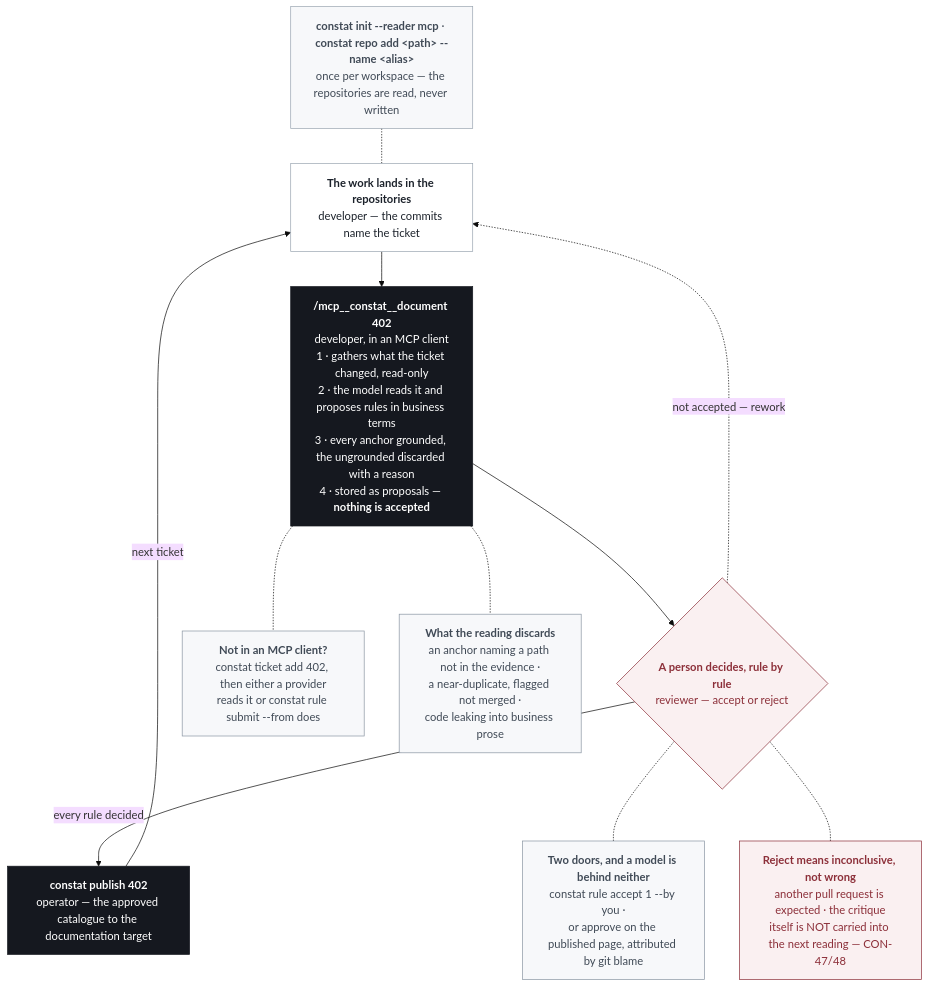
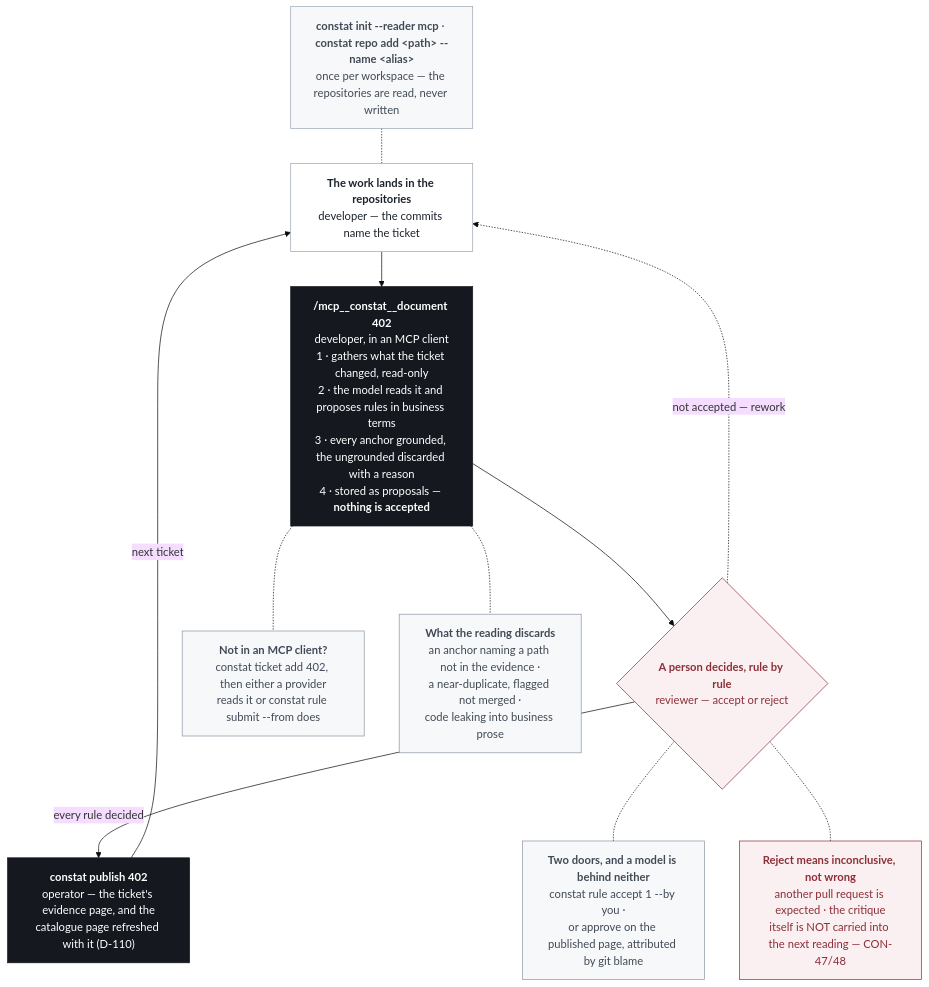
One commit to padjis/constat changed the diagram in LOOP.md. Above: the diagram before and after it, drawn with Mermaid (base theme). The commit also changed other lines of this file and 9 other files, not shown here.

````diff
--- a/LOOP.md
+++ b/LOOP.md
@@ -17,42 +17,42 @@
 ```mermaid
 flowchart TD
     SETUP["<b>constat init --reader mcp</b> · <b>constat repo add &lt;path&gt; --name &lt;alias&gt;</b><br/>once per workspace — the repositories are read, never written"]
 
     WORK["<b>The work lands in the repositories</b><br/>developer — the commits name the ticket"]
 
     DOC["<b>/mcp__constat__document 402</b><br/>developer, in an MCP client<br/>1 · gathers what the ticket changed, read-only<br/>2 · the model reads it and proposes rules in business terms<br/>3 · every anchor grounded, the ungrounded discarded with a reason<br/>4 · stored as proposals — <b>nothing is accepted</b>"]
 
     DECIDE{"<b>A person decides, rule by rule</b><br/>reviewer — accept or reject"}
 
-    PUBLISH["<b>constat publish 402</b><br/>operator — the approved catalogue to the documentation target"]
+    PUBLISH["<b>constat publish 402</b><br/>operator — the ticket's evidence page, and the<br/>catalogue page refreshed with it (D-110)"]
 
     WAYS["<b>Not in an MCP client?</b><br/>constat ticket add 402, then either a provider<br/>reads it or constat rule submit --from does"]
     DISCARD["<b>What the reading discards</b><br/>an anchor naming a path not in the evidence ·<br/>a near-duplicate, flagged not merged ·<br/>code leaking into business prose"]
     DOORS["<b>Two doors, and a model is behind neither</b><br/>constat rule accept 1 --by you ·<br/>or approve on the published page, attributed by git blame"]
     REWORKNOTE["<b>Reject means inconclusive, not wrong</b><br/>another pull request is expected · the critique<br/>itself is NOT carried into the next reading — CON-47/48"]
 
     SETUP -.- WORK
     WORK --> DOC --> DECIDE
     DECIDE -->|"every rule decided"| PUBLISH
     DECIDE -.->|"not accepted — rework"| WORK
     PUBLISH -->|"next ticket"| WORK
 
     DOC -.- WAYS
     DOC -.- DISCARD
     DECIDE -.- DOORS
     DECIDE -.- REWORKNOTE
 
     classDef cmd fill:#15181F,stroke:#15181F,color:#FFFFFF
     classDef people fill:#FFFFFF,stroke:#9AA5B1,color:#1C222B
     classDef decide fill:#FAF0F1,stroke:#8C2F39,color:#8C2F39
     classDef note fill:#F7F8FA,stroke:#8B96A3,color:#404A56
     classDef gap fill:#FAF0F1,stroke:#8C2F39,color:#8C2F39
     classDef setup fill:#F7F8FA,stroke:#9AA5B1,color:#404A56
 
     class DOC,PUBLISH cmd
     class WORK people
     class DECIDE decide
     class WAYS,DISCARD,DOORS note
     class REWORKNOTE gap
     class SETUP setup
 ```
````
